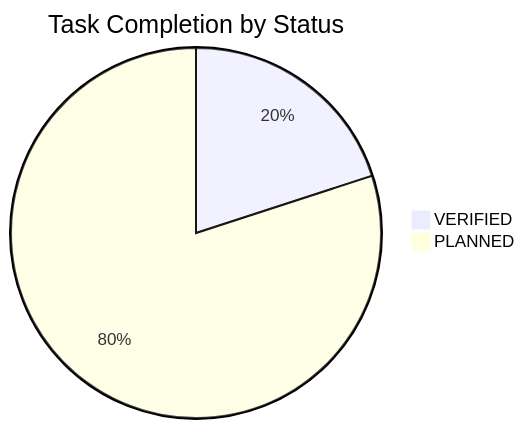
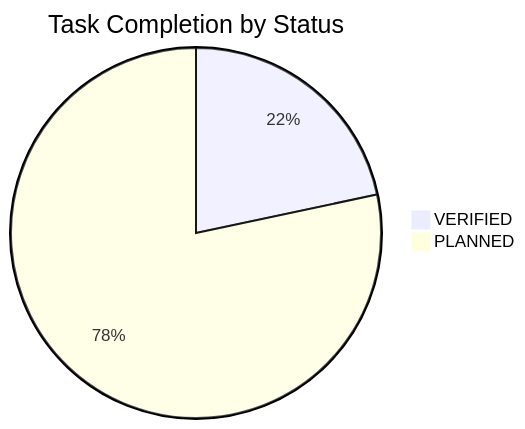
The diagram in docs/TASK_BOARD.md (NguyenTriBaoThang/ClearWayAI), drawn with Mermaid before and after one commit. The commit also changed other lines of this file and 11 other files, not shown here.

Commit message:
feat(3d): implement dynamic emergency corridor ribbon, flow arrows, conflict zone grid, and 3D callouts

````diff
--- a/docs/TASK_BOARD.md
+++ b/docs/TASK_BOARD.md
@@ -16,5 +16,5 @@
 ```mermaid
 pie title Task Completion by Status
-    "VERIFIED" : 12
-    "PLANNED" : 48
+    "VERIFIED" : 13
+    "PLANNED" : 47
 ```
````
